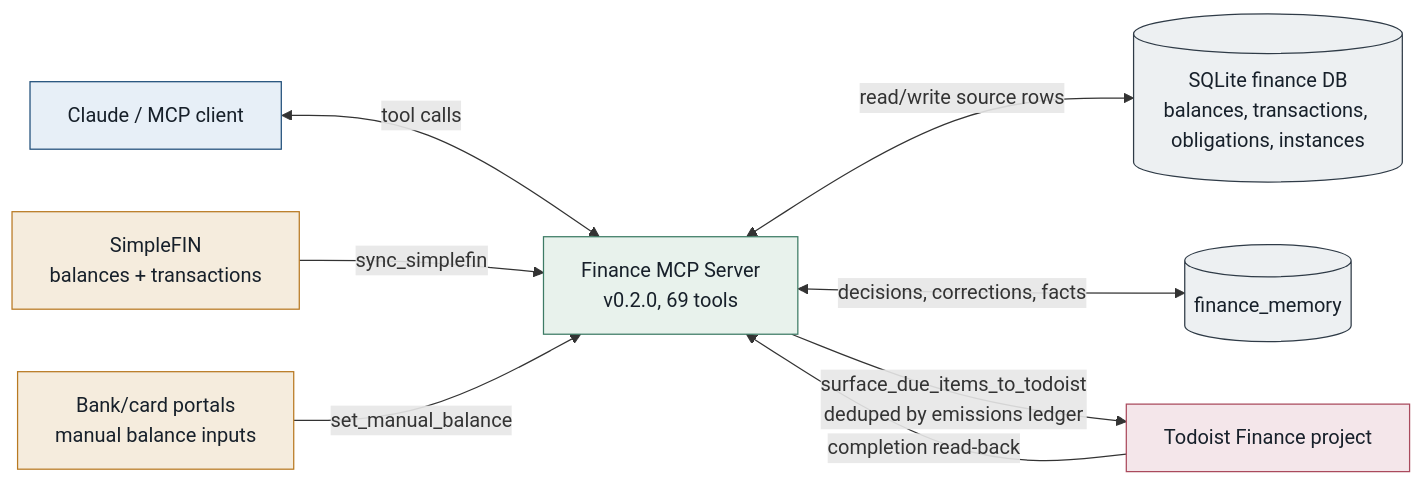
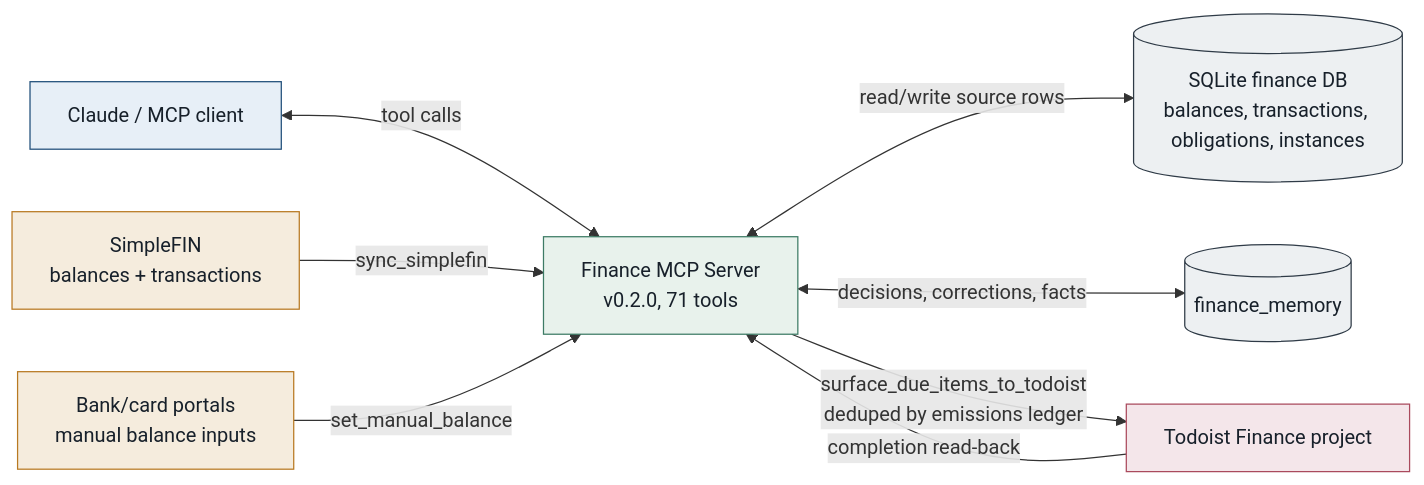
The first of 2 diagrams in README.md (albeorla/personal-finance-agent), drawn with Mermaid before and after one commit. The commit also changed other lines of this file and 9 other files, not shown here.

````diff
--- a/README.md
+++ b/README.md
@@ -13,24 +13,24 @@
 ```mermaid
 flowchart LR
-    Claude["Claude / MCP client"] <-->|"tool calls"| Server["Finance MCP Server<br/>v0.2.0, 69 tools"]
+    Claude["Claude / MCP client"] <-->|"tool calls"| Server["Finance MCP Server<br/>v0.2.0, 71 tools"]
 
     SimpleFIN["SimpleFIN<br/>balances + transactions"] -->|"sync_simplefin"| Server
     Portals["Bank/card portals<br/>manual balance inputs"] -->|"set_manual_balance"| Server
 
     Server <-->|"read/write source rows"| SQLite[("SQLite finance DB<br/>balances, transactions, obligations, instances")]
     Server <-->|"decisions, corrections, facts"| Memory[("finance_memory")]
 
     Server -->|"surface_due_items_to_todoist<br/>deduped by emissions ledger"| Todoist["Todoist Finance project"]
     Todoist -->|"completion read-back"| Server
 
     classDef client fill:#e7eff7,stroke:#1f4e79,color:#17202a
     classDef server fill:#e8f2ec,stroke:#3d7b65,color:#17202a
     classDef source fill:#f5ecdd,stroke:#b87922,color:#17202a
     classDef output fill:#f4e6ea,stroke:#aa4a5d,color:#17202a
     classDef store fill:#edf0f2,stroke:#2f3b47,color:#17202a
     class Claude client
     class Server server
     class SimpleFIN,Portals source
     class Todoist output
     class SQLite,Memory store
 ```
````
